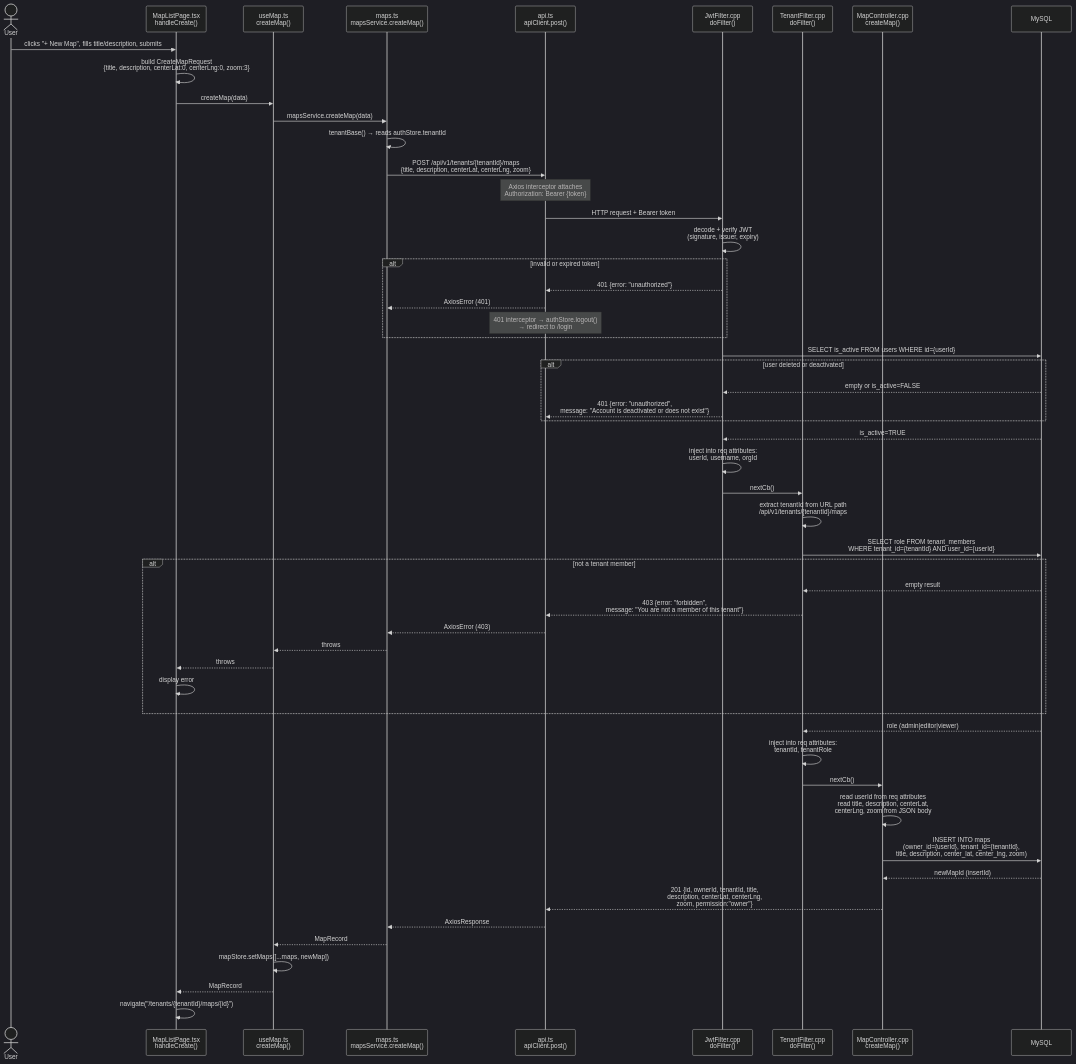
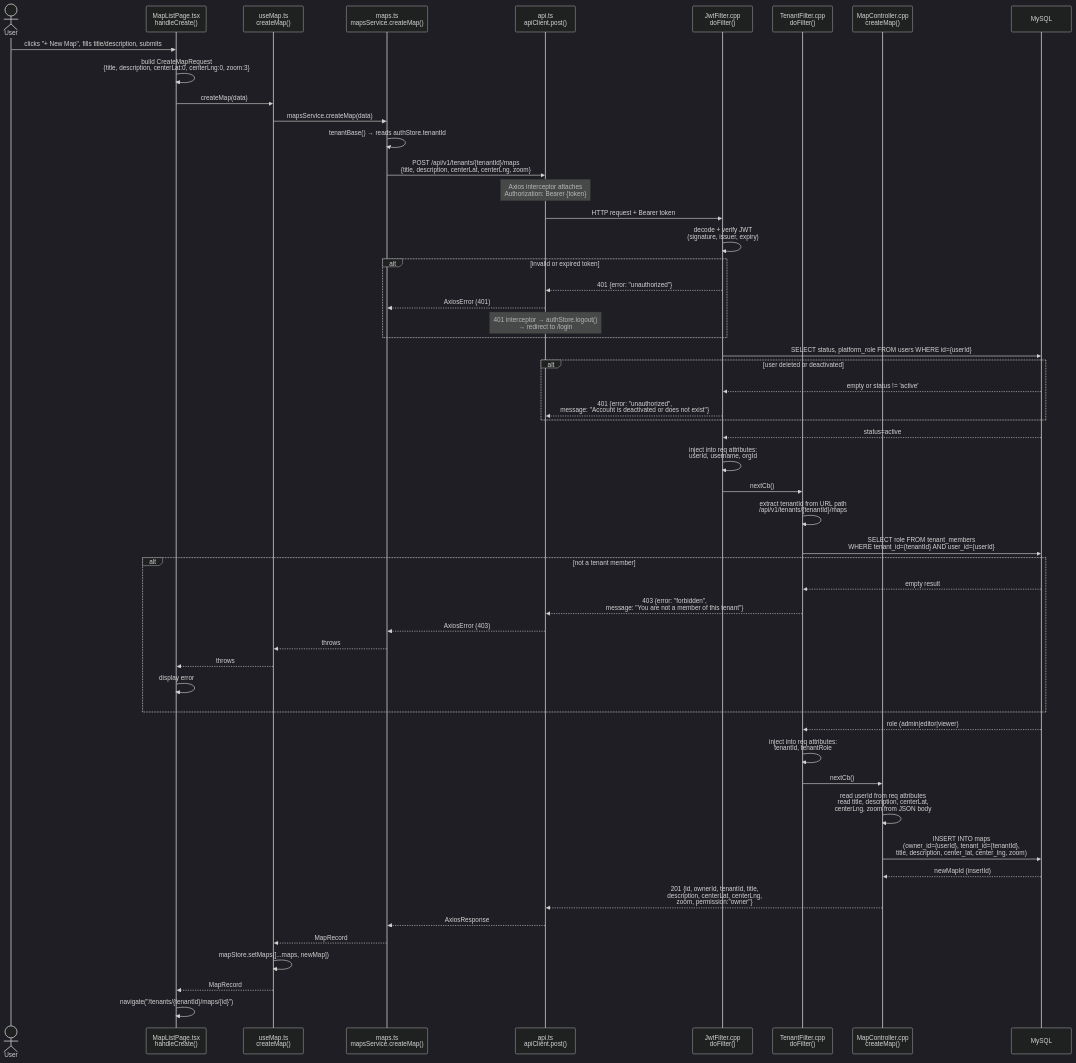
One commit to dcltdw/annotated-maps changed the diagram in docs/flow-create-map.md. Above: the diagram before and after it, drawn with Mermaid (dark theme). The commit also changed 15 other files, not shown here.

````diff
--- a/docs/flow-create-map.md
+++ b/docs/flow-create-map.md
@@ -3,69 +3,69 @@
 ```mermaid
 sequenceDiagram
     actor User
     participant ML as MapListPage.tsx<br/>handleCreate()
     participant UM as useMap.ts<br/>createMap()
     participant MS as maps.ts<br/>mapsService.createMap()
     participant AX as api.ts<br/>apiClient.post()
     participant JF as JwtFilter.cpp<br/>doFilter()
     participant TF as TenantFilter.cpp<br/>doFilter()
     participant MC as MapController.cpp<br/>createMap()
     participant DB as MySQL
 
     User->>ML: clicks "+ New Map", fills title/description, submits
     ML->>ML: build CreateMapRequest<br/>{title, description, centerLat:0, centerLng:0, zoom:3}
 
     ML->>UM: createMap(data)
     UM->>MS: mapsService.createMap(data)
     MS->>MS: tenantBase() → reads authStore.tenantId
     MS->>AX: POST /api/v1/tenants/{tenantId}/maps<br/>{title, description, centerLat, centerLng, zoom}
 
     Note over AX: Axios interceptor attaches<br/>Authorization: Bearer {token}
 
     AX->>JF: HTTP request + Bearer token
 
     JF->>JF: decode + verify JWT<br/>(signature, issuer, expiry)
     alt invalid or expired token
         JF-->>AX: 401 {error: "unauthorized"}
         AX-->>MS: AxiosError (401)
         Note over AX: 401 interceptor → authStore.logout()<br/>→ redirect to /login
     end
 
-    JF->>DB: SELECT is_active FROM users WHERE id={userId}
+    JF->>DB: SELECT status, platform_role FROM users WHERE id={userId}
     alt user deleted or deactivated
-        DB-->>JF: empty or is_active=FALSE
+        DB-->>JF: empty or status != 'active'
         JF-->>AX: 401 {error: "unauthorized",<br/>message: "Account is deactivated or does not exist"}
     end
-    DB-->>JF: is_active=TRUE
+    DB-->>JF: status=active
 
     JF->>JF: inject into req attributes:<br/>userId, username, orgId
     JF->>TF: nextCb()
 
     TF->>TF: extract tenantId from URL path<br/>/api/v1/tenants/{tenantId}/maps
     TF->>DB: SELECT role FROM tenant_members<br/>WHERE tenant_id={tenantId} AND user_id={userId}
     alt not a tenant member
         DB-->>TF: empty result
         TF-->>AX: 403 {error: "forbidden",<br/>message: "You are not a member of this tenant"}
         AX-->>MS: AxiosError (403)
         MS-->>UM: throws
         UM-->>ML: throws
         ML->>ML: display error
     end
     DB-->>TF: role (admin|editor|viewer)
 
     TF->>TF: inject into req attributes:<br/>tenantId, tenantRole
     TF->>MC: nextCb()
 
     MC->>MC: read userId from req attributes<br/>read title, description, centerLat,<br/>centerLng, zoom from JSON body
 
     MC->>DB: INSERT INTO maps<br/>(owner_id={userId}, tenant_id={tenantId},<br/>title, description, center_lat, center_lng, zoom)
     DB-->>MC: newMapId (insertId)
 
     MC-->>AX: 201 {id, ownerId, tenantId, title,<br/>description, centerLat, centerLng,<br/>zoom, permission:"owner"}
     AX-->>MS: AxiosResponse
     MS-->>UM: MapRecord
 
     UM->>UM: mapStore.setMaps([...maps, newMap])
     UM-->>ML: MapRecord
     ML->>ML: navigate("/tenants/{tenantId}/maps/{id}")
 ```
````
